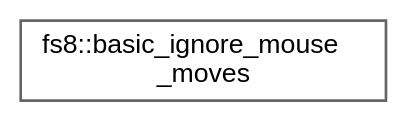
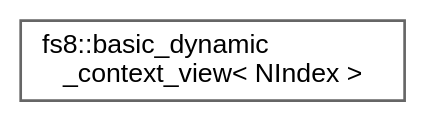
One commit to the-moisrex/foresight changed the diagram in api/inherit_graph_30.dot. Above: the diagram before and after it, drawn with Graphviz. The commit also changed 330 other files, not shown here.

```diff
--- a/api/inherit_graph_30.dot
+++ b/api/inherit_graph_30.dot
@@ -1,9 +1,9 @@
 digraph "Graphical Class Hierarchy"
 {
  // LATEX_PDF_SIZE
   bgcolor="transparent";
   edge [fontname=Helvetica,fontsize=10,labelfontname=Helvetica,labelfontsize=10];
   node [fontname=Helvetica,fontsize=10,shape=box,height=0.2,width=0.4];
   rankdir="LR";
-  Node0 [id="Node000000",label="fs8::basic_ignore_mouse\l_moves",height=0.2,width=0.4,color="grey40", fillcolor="white", style="filled",URL="$structfs8_1_1basic__ignore__mouse__moves.html",tooltip=" "];
+  Node0 [id="Node000000",label="fs8::basic_dynamic\l_context_view\< NIndex \>",height=0.2,width=0.4,color="grey40", fillcolor="white", style="filled",URL="$structfs8_1_1basic__dynamic__context__view.html",tooltip=" "];
 }
```
